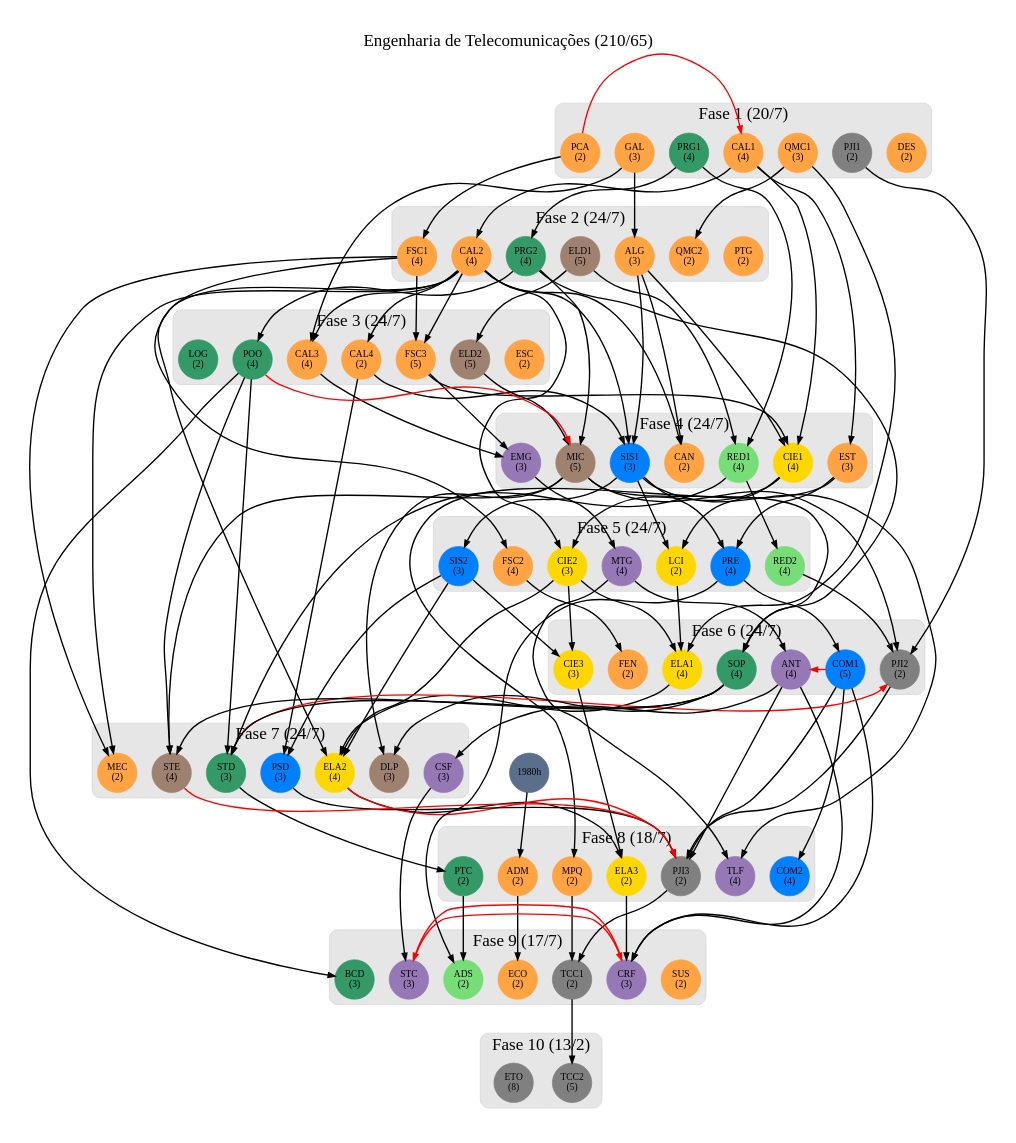
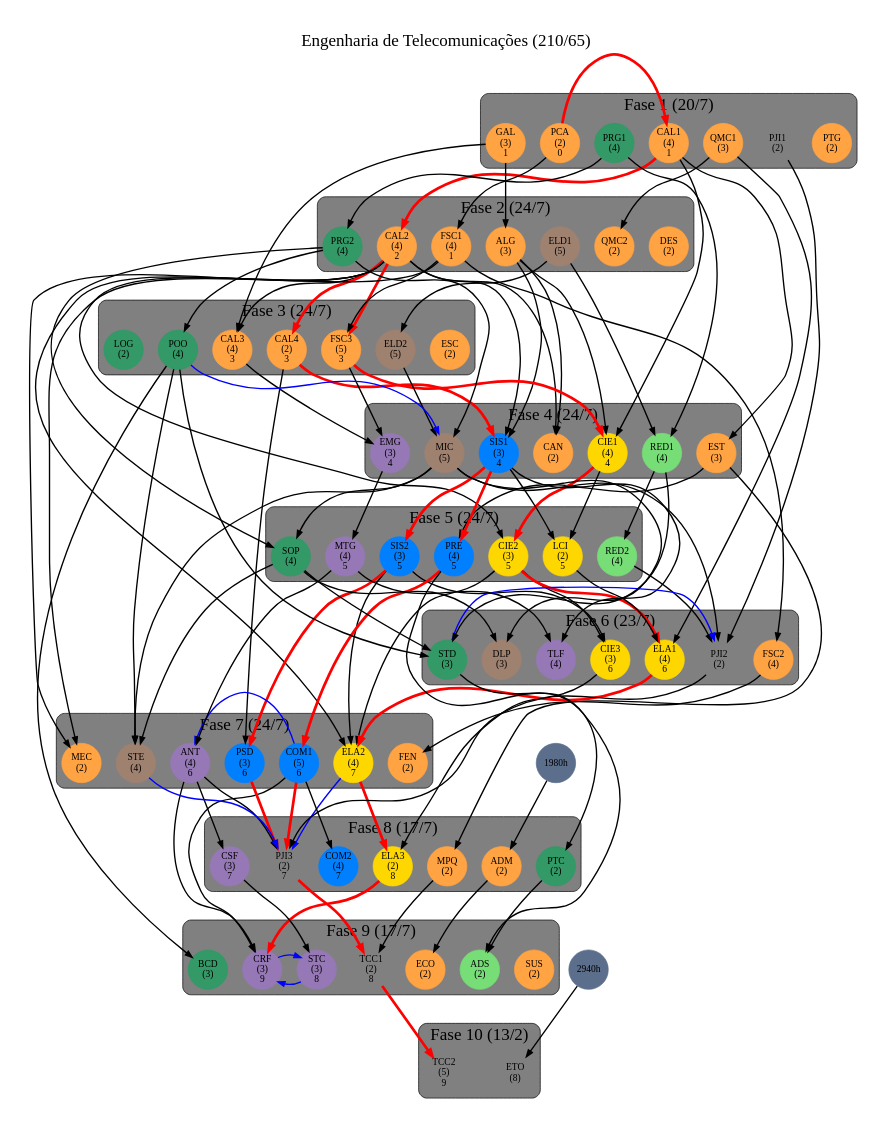
The diagram in engtelecom.dot (emersonmello/grade-dot-engtelecom), drawn with Graphviz before and after one commit.

Commit message:
Caminho maximo vermelho

```diff
--- a/engtelecom.dot
+++ b/engtelecom.dot
@@ -2,7 +2,7 @@
     layout = dot  // circo, dot, fdp, neato, osage, sfdp, twopi
     label ="Engenharia de Telecomunicações (210/65)"
     labelloc = t
-    // graph [nodesep=0.3, ranksep=1.3], #splines=ortho]#, splines=lines]  #ortho
+    // graph [nodesep=0.3, ranksep=1.3] # , splines=ortho]#, splines=lines]  #ortho
     // node [labelloc=c fontsize=10, style=filled, shape=box, style="rounded,filled"]
     // edge [arrowsize=.5]
    
@@ -33,57 +33,70 @@
     {} -> PCA
     {} -> GAL
     {GAL} -> ALG
-    {PCA} -> CAL1 [constraint=false,color="#FF0000"]
-    {CAL1} -> CAL2
+    {PCA} -> CAL1 [constraint=false,color=ble] [color=red, penwidth="4"]
+    {CAL1} -> CAL2 [color=red, penwidth="4"]
     {GAL CAL2} -> CAL3
-    {CAL2} -> CAL4
+    {CAL2} -> CAL4 [color=red, penwidth="4"]
     {ALG CAL2} -> CAN
     {PCA} -> FSC1
     {FSC1} -> FSC2
-    {FSC1 CAL2} -> FSC3
+    {FSC1} -> FSC3
+    {CAL2} -> FSC3 [color=red, penwidth="4"]
 
 
     // Eixo amarelo
-    {CAL1 ALG FSC3} -> CIE1
-    {CIE1 CAL2} -> CIE2
+    {CAL1 ALG} -> CIE1 
+    {FSC3} -> CIE1 [color=red, penwidth="4"]
+    {CIE1} -> CIE2 [color=red, penwidth="4"]
+    {CAL2} -> CIE2 
     {CIE2 SIS2} -> CIE3 # TODO verificar
-    {CIE2 LCI QMC1} -> ELA1 # TODO verificar
-    {CAL2 CIE2 ELA1 SIS2} -> ELA2
-    {ELA2 CIE3} -> ELA3
+    {LCI QMC1} -> ELA1 # TODO verificar
+    {CIE2} -> ELA1 [color=red, penwidth="4"]
+    {CAL2 CIE2 SIS2} -> ELA2
+    {ELA1} -> ELA2 [color=red, penwidth="4"]
+    {CIE3} -> ELA3
+    {ELA2} -> ELA3 [color=red, penwidth="4"]
     {CIE1 SIS1} -> LCI
 
     // Eixo azul
-    {PRE} -> COM1 # recomendada: sis2
+    {PRE} -> COM1 [color=red, penwidth="4"] # recomendada: sis2
     {COM1} -> COM2 # recomendada: PSD
-    {EST SIS1} -> PRE # recomendada: PRG1, CAL4
-    {CAL2 ALG CAL4} -> SIS1
-    {SIS1} -> SIS2
-    {CAL4 SIS2} -> PSD  # recomendada: CAN
+    {EST} -> PRE # recomendada: PRG1, CAL4
+    {SIS1} -> PRE  [color=red, penwidth="4"]
+    {CAL2 ALG} -> SIS1 
+    {CAL4} -> SIS1  [color=red, penwidth="4"]
+    {SIS1} -> SIS2  [color=red, penwidth="4"]
+    {CAL4} -> PSD  # recomendada: CAN
+    {SIS2} -> PSD  [color=red, penwidth="4"]
 
     // Eixo cinza
     {} -> PJI1
     {PJI1 RED2 MIC} -> PJI2 # TODO colocar STD como pré-requisito
-    {STD} -> PJI2 [color="#FF0000" constraint=false]
-    {PJI2 ANT PSD COM1} -> PJI3 # recomendada DLP # TODO Colocamos ELA2 como coreq
-    {STE} -> PJI3 [color="#FF0000" constraint=false]
-    {ELA2}-> PJI3 [color="#FF0000" constraint=false]
-    {MPQ PJI3} -> TCC1 # TODO colocar CH como pré-requisito - tirei PTG
-    {TCC1} -> TCC2
+    {STD} -> PJI2 [color=blue constraint=false]
+    {PJI2 ANT} -> PJI3 # recomendada DLP # TODO Colocamos ELA2 como coreq
+    {PSD COM1} -> PJI3 [color=red, penwidth="4"]
+    {STE} -> PJI3 [color=blue constraint=false]
+    {ELA2}-> PJI3 [color=blue constraint=false]
+    {MPQ} -> TCC1 # TODO colocar CH como pré-requisito - tirei PTG
+    {PJI3} -> TCC1 [color=red, penwidth="4"]
+    {TCC1} -> TCC2 [color=red, penwidth="4"]
+    {horas2940} -> ETO
 
     // Eixo marrom
     {SOP MIC} -> DLP
     {} -> ELD1
     {ELD1} -> ELD2 # ELA1 como recomendada
     {ELD2 PRG2} -> MIC
-    {POO} -> MIC [color="#FF0000" constraint=false]
+    {POO} -> MIC [color=blue constraint=false]
     {MIC SOP POO} -> STE
 
     // Eixo roxo
     {MTG} -> ANT
-    {COM1} -> ANT [color="#FF0000" constraint=false]
-    {COM1 ANT ELA3} -> CRF # recomendada CSF
-    {STC} -> CRF [color="#FF0000" constraint=false]
-    {CRF} -> STC [color="#FF0000" constraint=false]
+    {COM1} -> ANT [color=blue constraint=false]
+    {COM1 ANT} -> CRF # recomendada CSF
+    {ELA3} -> CRF [color=red, penwidth="4"]
+    {STC} -> CRF [color=blue constraint=false]
+    {CRF} -> STC [color=blue constraint=false]
     {ANT} -> CSF # recomendada: COM1
     {FSC3 CAL3} -> EMG
     {EMG} -> MTG # recomendada: CAL4
@@ -97,7 +110,7 @@
 
     // Eixo verde escuro
     {} -> LOG
-    // {LOG} -> PRG1 [color="#FF0000" constraint=false]
+    // {LOG} -> PRG1 [color=blue constraint=false]
     {} -> PRG1
     {PRG1} -> PRG2
     {PRG2} -> POO
@@ -114,41 +127,41 @@
       label = "Fase 1 (20/7)"
       // style = filled
       style="rounded"
-      bgcolor= "#e6e6e6" #"#5b6e8b"
-      color = lightgrey
+      bgcolor= grey
+      color = black
 
-       PCA CAL1 PJI1 GAL  PRG1 #15
-       QMC1 DES #5
+       PCA CAL1 PJI1 GAL PRG1 #15
+       QMC1 PTG #5
     }
 
     subgraph cluster_fase2 {
       label = "Fase 2 (24/7)"
       style="rounded"
-      bgcolor="#e6e6e6"
+      bgcolor=grey
       // style = filled
-      color = lightgrey
+      color = black
 
        FSC1 ALG ELD1 PRG2  CAL2 #20
-       QMC2 PTG #4
+       QMC2 DES #4
     }
 
     subgraph clusterFase3 {
       label = "Fase 3 (24/7)"
       style="rounded"
-      bgcolor="#e6e6e6"
+      bgcolor=grey
       // style = filled
-      color = lightgrey
+      color = black
 
-        ELD2 POO  CAL4 FSC3 CAL3 #20
-        ESC LOG #4
+      ELD2 POO  CAL4 FSC3 CAL3 #20
+      ESC LOG #4
     }
 
     subgraph clusterFase4  {
       label = "Fase 4 (24/7)"
       style="rounded"
-      bgcolor="#e6e6e6"
+      bgcolor=grey
       // style=filled
-      color=lightgrey
+      color=black
 
       RED1 MIC  SIS1 EST EMG CIE1 #22
       CAN #2
@@ -157,53 +170,53 @@
     subgraph cluster_fase5  {
       label = "Fase 5 (24/7)"
       style="rounded"
-      bgcolor="#e6e6e6"
+      bgcolor=grey
       // style=filled
-      color=lightgrey
+      color=black
 
-      MTG  SIS2 PRE  CIE2 LCI RED2 FSC2 #24
+      MTG  SIS2 PRE  CIE2 LCI RED2 SOP #24
     }
 
 
     subgraph cluster_fase6  {
-      label = "Fase 6 (24/7)"
+      label = "Fase 6 (23/7)"
       style="rounded"
-      bgcolor="#e6e6e6"
+      bgcolor=grey
       // style=filled
-      color=lightgrey
+      color=black
 
-      PJI2 ANT    COM1 ELA1 CIE3 SOP #22
-      FEN #2
+      PJI2 STD ELA1 CIE3 FSC2 #16
+      TLF DLP #7
     }
 
     subgraph cluster_fase7 {
       label = "Fase 7 (24/7)"
       style="rounded"
-      bgcolor="#e6e6e6"
+      bgcolor=grey
       // style=filled
-      color=lightgrey
+      color=black
 
-      PSD CSF ELA2 STD STE DLP #20
-      MEC #2
+      PSD  ELA2  STE ANT COM1 #20
+      MEC FEN #4
     }
 
     subgraph cluster_fase8 {
-      label = "Fase 8 (18/7)"
+      label = "Fase 8 (17/7)"
       style="rounded"
-      bgcolor="#e6e6e6"
+      bgcolor=grey
       // style=filled
-      color=lightgrey
+      color=black
 
-      PJI3  ELA3 PTC MPQ #8
-      TLF COM2 ADM #10
+      PJI3  ELA3 PTC CSF #9
+      COM2 ADM MPQ #8
     }
 
     subgraph cluster_fase9  {
       label = "Fase 9 (17/7)"
       style="rounded"
-      bgcolor="#e6e6e6"
+      bgcolor=grey
       // style=filled
-      color=lightgrey
+      color=black
 
       TCC1 CRF STC #8
       ADS ECO BCD SUS #9
@@ -212,9 +225,9 @@
     subgraph cluster_fase10 {
       label = "Fase 10 (13/2)"
       style="rounded"
-      bgcolor="#e6e6e6"
+      bgcolor=grey
       // style=filled
-      color=lightgrey
+      color=black
 
       TCC2 ETO #13
     }
@@ -225,28 +238,28 @@
       // $1 $2, color="#FFA343, id=$1 - replace
 
     // propriedades dos nós
-
+    horas2940 [label="2940h", color="#5b6e8b", id="2940h"]
     horas1980 [label="1980h", color="#5b6e8b", id="1980h"]
 
     ADM [ch=40, color="#FFA343", id=ADM, label="ADM \n(2)"] # TODO pré-requisito 1980h
     ALG [ch=60, color="#FFA343", id=ALG, label="ALG \n(3)"]
-    CAL1 [ch=80, color="#FFA343", id=CAL1, label="CAL1 \n(4)"]
-    CAL2 [ch=80, color="#FFA343", id=CAL2, label="CAL2 \n(4)"]
-    CAL3 [ch=80, color="#FFA343", id=CAL3, label="CAL3 \n(4)"]
-    CAL4 [ch=40, color="#FFA343", id=CAL4, label="CAL4 \n(2)"]
+    CAL1 [ch=80, color="#FFA343", id=CAL1, label="CAL1 \n(4) \n 1"]
+    CAL2 [ch=80, color="#FFA343", id=CAL2, label="CAL2 \n(4) \n 2"]
+    CAL3 [ch=80, color="#FFA343", id=CAL3, label="CAL3 \n(4) \n 3"]
+    CAL4 [ch=40, color="#FFA343", id=CAL4, label="CAL4 \n(2) \n 3"]
     CAN [ch=40, color="#FFA343", id=CAN, label="CAN \n(2)"]
     DES [ch=40, color="#FFA343", id=DES, label="DES \n(2)"]
     ECO [ch=40, color="#FFA343", id=ECO, label="ECO \n(2)"]
     ESC [ch=40, color="#FFA343", id=ESC, label="ESC \n(2)"]
     EST [ch=60, color="#FFA343", id=EST, label="EST \n(3)"]
     FEN [ch=40, color="#FFA343", id=FEN, label="FEN \n(2)"]
-    FSC1 [ch=80, color="#FFA343", id=FSC1, label="FSC1 \n(4)"]
+    FSC1 [ch=80, color="#FFA343", id=FSC1, label="FSC1 \n(4) \n 1"]
     FSC2 [ch=80, color="#FFA343", id=FSC2, label="FSC2 \n(4)"]
-    FSC3 [ch=100, color="#FFA343", id=FSC3, label="FSC3 \n(5)"] # TODO verificar se terá redução de CH
-    GAL [ch=60, color="#FFA343", id=GAL, label="GAL \n(3)"]
+    FSC3 [ch=100, color="#FFA343", id=FSC3, label="FSC3 \n(5) \n 3"] # TODO verificar se terá redução de CH
+    GAL [ch=60, color="#FFA343", id=GAL, label="GAL \n(3) \n 1"]
     MEC [ch=40, color="#FFA343", id=MEC, label="MEC \n(2)"]
     MPQ [ch=40, color="#FFA343", id=MPQ, label="MPQ \n(2)"]
-    PCA [ch=40, color="#FFA343", id=PCA, label="PCA \n(2)"]
+    PCA [ch=40, color="#FFA343", id=PCA, label="PCA \n(2) \n 0"]
     PTG [ch=40, color="#FFA343", id=PTG, label="PTG \n(2)"] # TODO pré-requisito 1980h
     QMC1 [ch=60, color="#FFA343", id=QMC1, label="QMC1 \n(3)"]
     QMC2 [ch=40, color="#FFA343", id=QMC2, label="QMC2 \n(2)"]
@@ -254,29 +267,30 @@
 
 
 
-    CIE1 [ch=80, color="#FFD700", id=CIE1, label="CIE1 \n(4)"]
-    CIE2 [ch=60, color="#FFD700", id=CIE2, label="CIE2 \n(3)"]
-    CIE3 [ch=60, color="#FFD700", id=CIE3, label="CIE3 \n(3)"]
-    ELA1 [ch=80, color="#FFD700", id=ELA1, label="ELA1 \n(4)"]
-    ELA2 [ch=80, color="#FFD700", id=ELA2, label="ELA2 \n(4)"]
-    ELA3 [ch=40, color="#FFD700", id=ELA3, label="ELA3 \n(2)"]
-    LCI  [ch=40, color="#FFD700", id=LCI,  label="LCI \n(2)" ]
+    CIE1 [ch=80, color="#FFD700", id=CIE1, label="CIE1 \n(4) \n 4"]
+    CIE2 [ch=60, color="#FFD700", id=CIE2, label="CIE2 \n(3) \n 5"]
+    LCI  [ch=40, color="#FFD700", id=LCI,  label="LCI  \n(2) \n 5"]
+    CIE3 [ch=60, color="#FFD700", id=CIE3, label="CIE3 \n(3) \n 6"]
+    ELA1 [ch=80, color="#FFD700", id=ELA1, label="ELA1 \n(4) \n 6"]
+    ELA2 [ch=80, color="#FFD700", id=ELA2, label="ELA2 \n(4) \n 7"]
+    ELA3 [ch=40, color="#FFD700", id=ELA3, label="ELA3 \n(2) \n 8"]
 
 
-    COM1 [ch=100, color="#007FFF", id=COM1, label="COM1 \n(5)"]
-    COM2 [ch=80, color="#007FFF", id=COM2, label="COM2 \n(4)"]
-    PRE [ch=80, color="#007FFF", id=PRE, label="PRE \n(4)"]
-    PSD [ch=60, color="#007FFF", id=PSD, label="PSD \n(3)"]
-    SIS1 [ch=60, color="#007FFF", id=SIS1, label="SIS1 \n(3)"]
-    SIS2 [ch=60, color="#007FFF", id=SIS2, label="SIS2 \n(3)"]
+
+    COM1 [ch=100, color="#007FFF", id=COM1, label="COM1 \n(5) \n 6"]
+    COM2 [ch=80, color="#007FFF", id=COM2, label="COM2 \n(4) \n 7"]
+    PRE  [ch=80, color="#007FFF", id=PRE, label="PRE \n(4) \n 5"]
+    PSD  [ch=60, color="#007FFF", id=PSD, label="PSD \n(3) \n 6"]
+    SIS1 [ch=60, color="#007FFF", id=SIS1, label="SIS1 \n(3) \n 4"]
+    SIS2 [ch=60, color="#007FFF", id=SIS2, label="SIS2 \n(3) \n 5"]
 
 
     ETO [ch=160, color="#808080", id=ETO, label="ETO \n(8)"]
     PJI1 [ch=40, color="#808080", id=PJI1, label="PJI1 \n(2)"]
     PJI2 [ch=40, color="#808080", id=PJI2, label="PJI2 \n(2)"]
-    PJI3 [ch=40, color="#808080", id=PJI3, label="PJI3 \n(2)"]
-    TCC1 [ch=40, color="#808080", id=TCC1, label="TCC1 \n(2)"]
-    TCC2 [ch=100, color="#808080", id=TCC2, label="TCC2 \n(5)"]
+    PJI3 [ch=40, color="#808080", id=PJI3, label="PJI3 \n(2) \n 7"]
+    TCC1 [ch=40, color="#808080", id=TCC1, label="TCC1 \n(2) \n 8"]
+    TCC2 [ch=100, color="#808080", id=TCC2, label="TCC2 \n(5) \n 9"]
 
 
     DLP [ch=60, color="#9F8170", id=DLP, label="DLP \n(3)"]
@@ -286,12 +300,12 @@
     STE [ch=80, color="#9F8170", id=STE, label="STE \n(4)"]
 
 
-    ANT [ch=80, color="#9678B6", id=ANT, label="ANT \n(4)"]
-    CRF [ch=60, color="#9678B6", id=CRF, label="CRF \n(3)"]
-    CSF [ch=60, color="#9678B6", id=CSF, label="CSF \n(3)"]
-    EMG [ch=60, color="#9678B6", id=EMG, label="EMG \n(3)"]
-    MTG [ch=80, color="#9678B6", id=MTG, label="MTG \n(4)"]
-    STC [ch=60, color="#9678B6", id=STC, label="STC \n(3)"]
+    EMG [ch=60, color="#9678B6", id=EMG, label="EMG \n(3) \n 4"]
+    MTG [ch=80, color="#9678B6", id=MTG, label="MTG \n(4) \n 5"]
+    ANT [ch=80, color="#9678B6", id=ANT, label="ANT \n(4) \n 6"]
+    CSF [ch=60, color="#9678B6", id=CSF, label="CSF \n(3) \n 7"]
+    STC [ch=60, color="#9678B6", id=STC, label="STC \n(3) \n 8"]
+    CRF [ch=60, color="#9678B6", id=CRF, label="CRF \n(3) \n 9"]
     TLF [ch=80, color="#9678B6", id=TLF, label="TLF \n(4)"]
 
 
```
